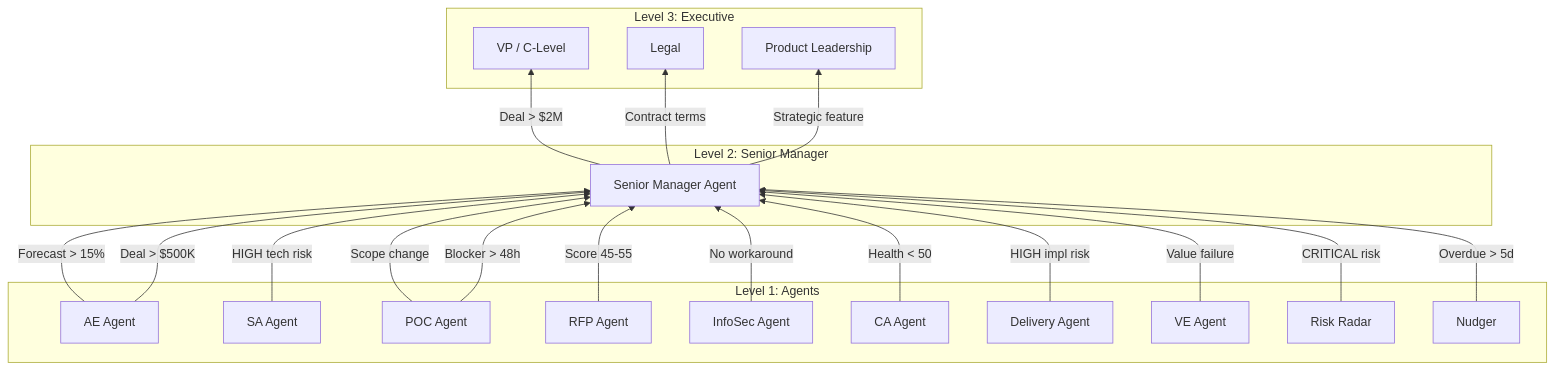
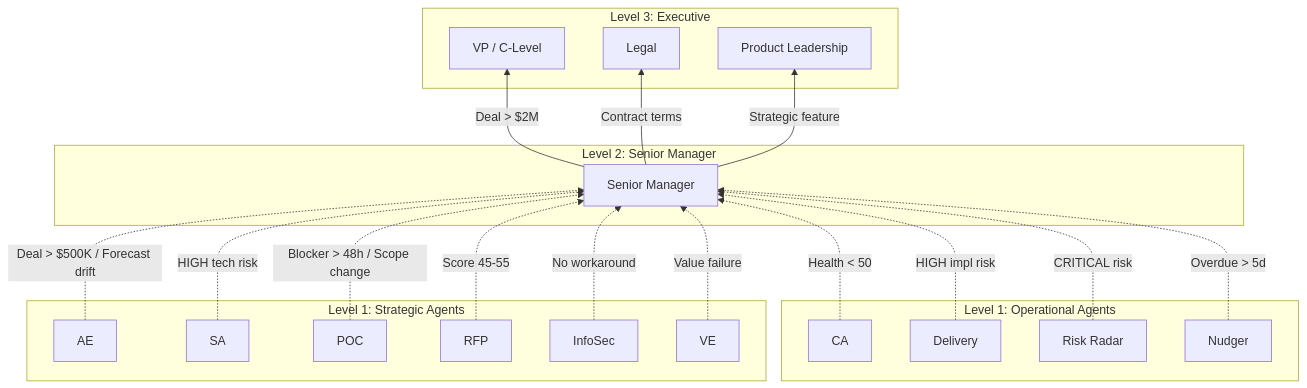
Before and after one commit to franktatjana/ea-agentic-lab: the third of 6 diagrams in docs/architecture/agents/agent-handover-diagram.md, drawn with Mermaid. The commit also changed other lines of this file and 320 other files, not shown here.

````diff
--- a/docs/architecture/agents/agent-handover-diagram.md
+++ b/docs/architecture/agents/agent-handover-diagram.md
@@ -180,44 +178,47 @@
 ```mermaid
 flowchart BT
-    subgraph LEVEL1["Level 1: Agents"]
-        AE[AE Agent]
-        SA[SA Agent]
-        POC[POC Agent]
-        RFP[RFP Agent]
-        INFOSEC[InfoSec Agent]
-        CA[CA Agent]
-        DELIVERY[Delivery Agent]
-        VE[VE Agent]
+    subgraph L1_STRATEGIC["Level 1: Strategic Agents"]
+        AE[AE]
+        SA[SA]
+        POC[POC]
+        RFP[RFP]
+        INFOSEC[InfoSec]
+        VE[VE]
+    end
+
+    subgraph L1_OPERATIONAL["Level 1: Operational Agents"]
+        CA[CA]
+        DELIVERY[Delivery]
         RR[Risk Radar]
         NU[Nudger]
     end
 
-    subgraph LEVEL2["Level 2: Senior Manager"]
-        SM[Senior Manager Agent]
+    subgraph L2["Level 2: Senior Manager"]
+        SM[Senior Manager]
     end
 
-    subgraph LEVEL3["Level 3: Executive"]
+    subgraph L3["Level 3: Executive"]
         VP[VP / C-Level]
         LEGAL[Legal]
         PRODUCT[Product Leadership]
     end
 
-    %% Escalations to Senior Manager
-    AE -->|Forecast > 15%| SM
-    AE -->|Deal > $500K| SM
-    SA -->|HIGH tech risk| SM
-    POC -->|Scope change| SM
-    POC -->|Blocker > 48h| SM
-    RFP -->|Score 45-55| SM
-    INFOSEC -->|No workaround| SM
-    CA -->|Health < 50| SM
-    DELIVERY -->|HIGH impl risk| SM
-    VE -->|Value failure| SM
-    RR -->|CRITICAL risk| SM
-    NU -->|Overdue > 5d| SM
+    %% Strategic → SM
+    AE -.->|Deal > $500K / Forecast drift| SM
+    SA -.->|HIGH tech risk| SM
+    POC -.->|Blocker > 48h / Scope change| SM
+    RFP -.->|Score 45-55| SM
+    INFOSEC -.->|No workaround| SM
+    VE -.->|Value failure| SM
 
-    %% Senior Manager escalations
+    %% Operational → SM
+    CA -.->|Health < 50| SM
+    DELIVERY -.->|HIGH impl risk| SM
+    RR -.->|CRITICAL risk| SM
+    NU -.->|Overdue > 5d| SM
+
+    %% SM → Executive
     SM -->|Deal > $2M| VP
     SM -->|Contract terms| LEGAL
     SM -->|Strategic feature| PRODUCT
 ```
````
